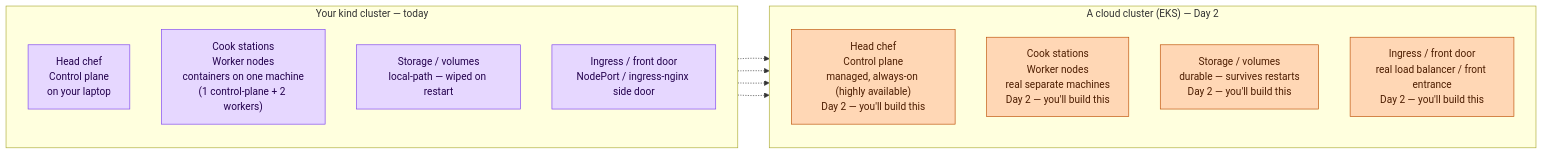
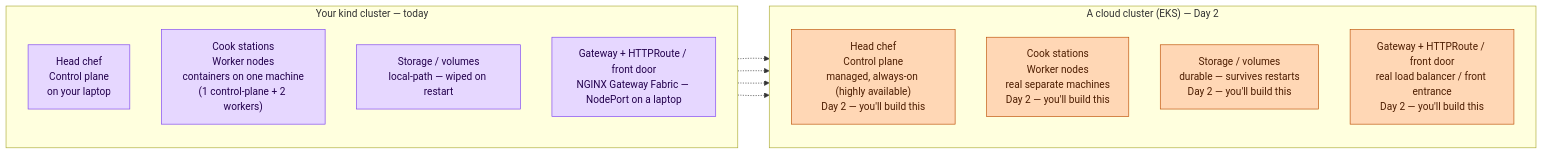
The third of 3 diagrams in docs/workshop/FOUNDATIONS.md (ALT-F4-LLC/fem-kubernetes), drawn with Mermaid before and after one commit. The commit also changed other lines of this file and 5 other files, not shown here.

Commit message:
docs(workshop): migrate Ingress content to Gateway API

````diff
--- a/docs/workshop/FOUNDATIONS.md
+++ b/docs/workshop/FOUNDATIONS.md
@@ -98,24 +98,24 @@
 ```mermaid
 flowchart LR
     subgraph KIND["Your kind cluster — today"]
         direction TB
         L1["Head chef<br/>Control plane<br/>on your laptop"]:::found
         L2["Cook stations<br/>Worker nodes<br/>containers on one machine<br/>(1 control-plane + 2 workers)"]:::found
         L3["Storage / volumes<br/>local-path — wiped on restart"]:::found
-        L4["Ingress / front door<br/>NodePort / ingress-nginx side door"]:::found
+        L4["Gateway + HTTPRoute / front door<br/>NGINX Gateway Fabric — NodePort on a laptop"]:::found
     end
     subgraph CLOUD["A cloud cluster (EKS) — Day 2"]
         direction TB
         R1["Head chef<br/>Control plane<br/>managed, always-on (highly available)<br/>Day 2 — you'll build this"]:::production
         R2["Cook stations<br/>Worker nodes<br/>real separate machines<br/>Day 2 — you'll build this"]:::production
         R3["Storage / volumes<br/>durable — survives restarts<br/>Day 2 — you'll build this"]:::production
-        R4["Ingress / front door<br/>real load balancer / front entrance<br/>Day 2 — you'll build this"]:::production
+        R4["Gateway + HTTPRoute / front door<br/>real load balancer / front entrance<br/>Day 2 — you'll build this"]:::production
     end
     L1 -.-> R1
     L2 -.-> R2
     L3 -.-> R3
     L4 -.-> R4
 
     classDef found fill:#e6d7ff,stroke:#7a3ff2,color:#23004d
     classDef production fill:#ffd7b5,stroke:#bc4c00,color:#4d1d00
 ```
````
